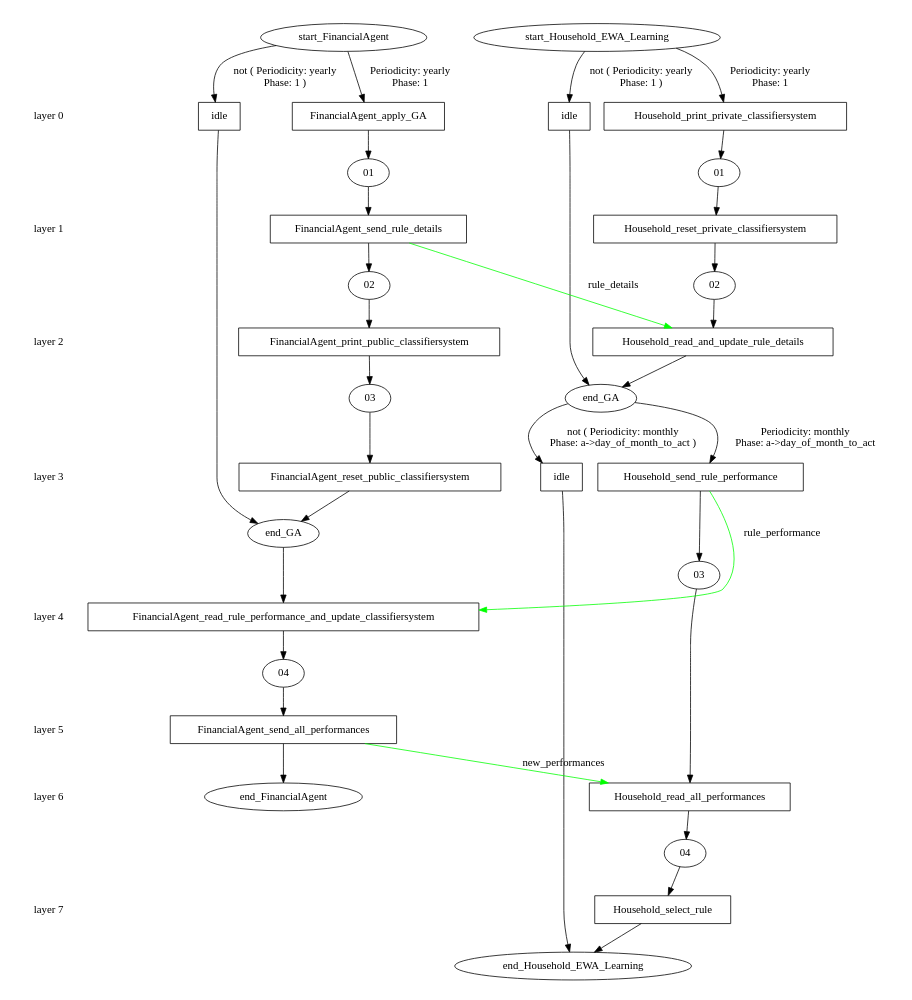
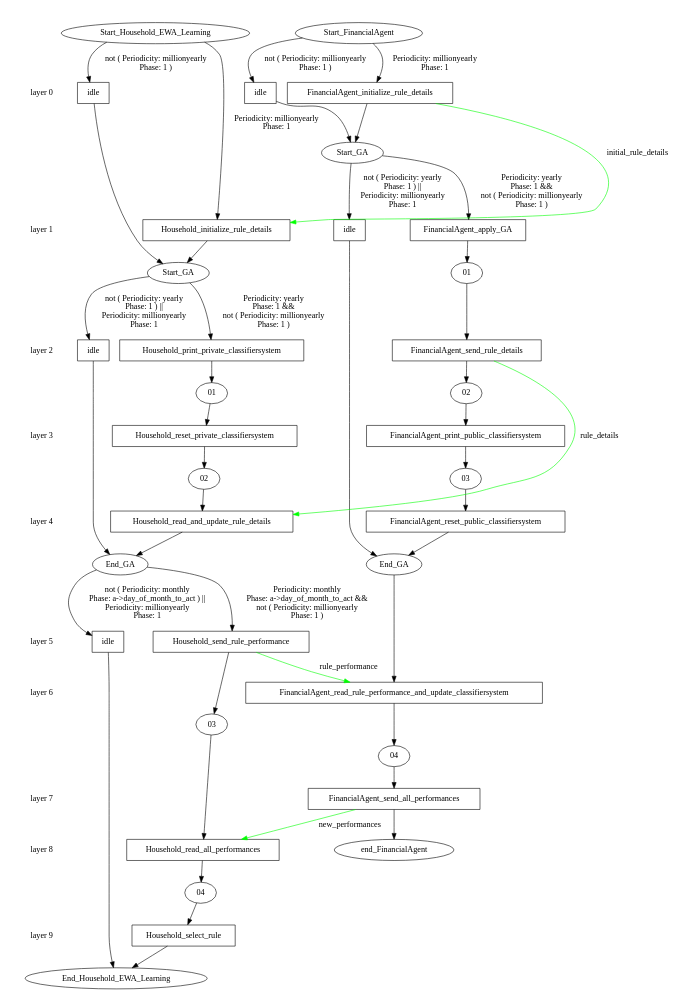
The diagram in models/AFM/afm_branches/initial/ewa_learning/stategraph.dot (ETACE/EURACE), drawn with Graphviz before and after one commit. The commit also changed 17 other files, not shown here.

```diff
--- a/models/AFM/afm_branches/initial/ewa_learning/stategraph.dot
+++ b/models/AFM/afm_branches/initial/ewa_learning/stategraph.dot
@@ -16,80 +16,101 @@
 	layer_5 -> layer_6 [style=invis];
 	layer_7 [shape=plaintext, label="layer 7"];
 	layer_6 -> layer_7 [style=invis];
+	layer_8 [shape=plaintext, label="layer 8"];
+	layer_7 -> layer_8 [style=invis];
+	layer_9 [shape=plaintext, label="layer 9"];
+	layer_8 -> layer_9 [style=invis];
 	
 	/* States */
 	Household_04 [label = "04"]
 	Household_03 [label = "03"]
-	Household_end_Household_EWA_Learning [label = "end_Household_EWA_Learning"]
+	Household_End_Household_EWA_Learning [label = "End_Household_EWA_Learning"]
 	Household_02 [label = "02"]
 	Household_01 [label = "01"]
-	Household_end_GA [label = "end_GA"]
-	Household_start_Household_EWA_Learning [label = "start_Household_EWA_Learning"]
+	Household_End_GA [label = "End_GA"]
+	Household_Start_GA [label = "Start_GA"]
+	Household_Start_Household_EWA_Learning [label = "Start_Household_EWA_Learning"]
 	FinancialAgent_end_FinancialAgent [label = "end_FinancialAgent"]
 	FinancialAgent_04 [label = "04"]
 	FinancialAgent_03 [label = "03"]
 	FinancialAgent_02 [label = "02"]
 	FinancialAgent_01 [label = "01"]
-	FinancialAgent_end_GA [label = "end_GA"]
-	FinancialAgent_start_FinancialAgent [label = "start_FinancialAgent"]
-	Household_idle_start_Household_EWA_Learning_end_GA [label = "idle", shape = rect]
-	Household_Household_print_private_classifiersystem_start_Household_EWA_Learning_01 [label = "Household_print_private_classifiersystem", shape = rect]
+	FinancialAgent_End_GA [label = "End_GA"]
+	FinancialAgent_Start_GA [label = "Start_GA"]
+	FinancialAgent_Start_FinancialAgent [label = "Start_FinancialAgent"]
+	Household_idle_Start_Household_EWA_Learning_Start_GA [label = "idle", shape = rect]
+	Household_Household_initialize_rule_details_Start_Household_EWA_Learning_Start_GA [label = "Household_initialize_rule_details", shape = rect]
+	Household_idle_Start_GA_End_GA [label = "idle", shape = rect]
+	Household_Household_print_private_classifiersystem_Start_GA_01 [label = "Household_print_private_classifiersystem", shape = rect]
 	Household_Household_reset_private_classifiersystem_01_02 [label = "Household_reset_private_classifiersystem", shape = rect]
-	Household_Household_read_and_update_rule_details_02_end_GA [label = "Household_read_and_update_rule_details", shape = rect]
-	Household_idle_end_GA_end_Household_EWA_Learning [label = "idle", shape = rect]
-	Household_Household_send_rule_performance_end_GA_03 [label = "Household_send_rule_performance", shape = rect]
+	Household_Household_read_and_update_rule_details_02_End_GA [label = "Household_read_and_update_rule_details", shape = rect]
+	Household_idle_End_GA_End_Household_EWA_Learning [label = "idle", shape = rect]
+	Household_Household_send_rule_performance_End_GA_03 [label = "Household_send_rule_performance", shape = rect]
 	Household_Household_read_all_performances_03_04 [label = "Household_read_all_performances", shape = rect]
-	Household_Household_select_rule_04_end_Household_EWA_Learning [label = "Household_select_rule", shape = rect]
-	FinancialAgent_idle_start_FinancialAgent_end_GA [label = "idle", shape = rect]
-	FinancialAgent_FinancialAgent_apply_GA_start_FinancialAgent_01 [label = "FinancialAgent_apply_GA", shape = rect]
+	Household_Household_select_rule_04_End_Household_EWA_Learning [label = "Household_select_rule", shape = rect]
+	FinancialAgent_idle_Start_FinancialAgent_Start_GA [label = "idle", shape = rect]
+	FinancialAgent_FinancialAgent_initialize_rule_details_Start_FinancialAgent_Start_GA [label = "FinancialAgent_initialize_rule_details", shape = rect]
+	FinancialAgent_idle_Start_GA_End_GA [label = "idle", shape = rect]
+	FinancialAgent_FinancialAgent_apply_GA_Start_GA_01 [label = "FinancialAgent_apply_GA", shape = rect]
 	FinancialAgent_FinancialAgent_send_rule_details_01_02 [label = "FinancialAgent_send_rule_details", shape = rect]
 	FinancialAgent_FinancialAgent_print_public_classifiersystem_02_03 [label = "FinancialAgent_print_public_classifiersystem", shape = rect]
-	FinancialAgent_FinancialAgent_reset_public_classifiersystem_03_end_GA [label = "FinancialAgent_reset_public_classifiersystem", shape = rect]
-	FinancialAgent_FinancialAgent_read_rule_performance_and_update_classifiersystem_end_GA_04 [label = "FinancialAgent_read_rule_performance_and_update_classifiersystem", shape = rect]
+	FinancialAgent_FinancialAgent_reset_public_classifiersystem_03_End_GA [label = "FinancialAgent_reset_public_classifiersystem", shape = rect]
+	FinancialAgent_FinancialAgent_read_rule_performance_and_update_classifiersystem_End_GA_04 [label = "FinancialAgent_read_rule_performance_and_update_classifiersystem", shape = rect]
 	FinancialAgent_FinancialAgent_send_all_performances_04_end_FinancialAgent [label = "FinancialAgent_send_all_performances", shape = rect]
 	
 	/* Transitions */
-	Household_start_Household_EWA_Learning -> Household_idle_start_Household_EWA_Learning_end_GA [ label = "not ( Periodicity: yearly\nPhase: 1 )"];
-	Household_idle_start_Household_EWA_Learning_end_GA -> Household_end_GA;
-	Household_start_Household_EWA_Learning -> Household_Household_print_private_classifiersystem_start_Household_EWA_Learning_01 [ label = "Periodicity: yearly\nPhase: 1"];
-	Household_Household_print_private_classifiersystem_start_Household_EWA_Learning_01 -> Household_01;
+	Household_Start_Household_EWA_Learning -> Household_idle_Start_Household_EWA_Learning_Start_GA [ label = "not ( Periodicity: millionyearly\nPhase: 1 )"];
+	Household_idle_Start_Household_EWA_Learning_Start_GA -> Household_Start_GA;
+	Household_Start_Household_EWA_Learning -> Household_Household_initialize_rule_details_Start_Household_EWA_Learning_Start_GA [ label = "Periodicity: millionyearly\nPhase: 1"];
+	Household_Household_initialize_rule_details_Start_Household_EWA_Learning_Start_GA -> Household_Start_GA;
+	Household_Start_GA -> Household_idle_Start_GA_End_GA [ label = "not ( Periodicity: yearly\nPhase: 1 ) ||\nPeriodicity: millionyearly\nPhase: 1"];
+	Household_idle_Start_GA_End_GA -> Household_End_GA;
+	Household_Start_GA -> Household_Household_print_private_classifiersystem_Start_GA_01 [ label = "Periodicity: yearly\nPhase: 1 &&\nnot ( Periodicity: millionyearly\nPhase: 1 )"];
+	Household_Household_print_private_classifiersystem_Start_GA_01 -> Household_01;
 	Household_01 -> Household_Household_reset_private_classifiersystem_01_02;
 	Household_Household_reset_private_classifiersystem_01_02 -> Household_02;
-	Household_02 -> Household_Household_read_and_update_rule_details_02_end_GA;
-	Household_Household_read_and_update_rule_details_02_end_GA -> Household_end_GA;
-	Household_end_GA -> Household_idle_end_GA_end_Household_EWA_Learning [ label = "not ( Periodicity: monthly\nPhase: a->day_of_month_to_act )"];
-	Household_idle_end_GA_end_Household_EWA_Learning -> Household_end_Household_EWA_Learning;
-	Household_end_GA -> Household_Household_send_rule_performance_end_GA_03 [ label = "Periodicity: monthly\nPhase: a->day_of_month_to_act"];
-	Household_Household_send_rule_performance_end_GA_03 -> Household_03;
+	Household_02 -> Household_Household_read_and_update_rule_details_02_End_GA;
+	Household_Household_read_and_update_rule_details_02_End_GA -> Household_End_GA;
+	Household_End_GA -> Household_idle_End_GA_End_Household_EWA_Learning [ label = "not ( Periodicity: monthly\nPhase: a->day_of_month_to_act ) ||\nPeriodicity: millionyearly\nPhase: 1"];
+	Household_idle_End_GA_End_Household_EWA_Learning -> Household_End_Household_EWA_Learning;
+	Household_End_GA -> Household_Household_send_rule_performance_End_GA_03 [ label = "Periodicity: monthly\nPhase: a->day_of_month_to_act &&\nnot ( Periodicity: millionyearly\nPhase: 1 )"];
+	Household_Household_send_rule_performance_End_GA_03 -> Household_03;
 	Household_03 -> Household_Household_read_all_performances_03_04;
 	Household_Household_read_all_performances_03_04 -> Household_04;
-	Household_04 -> Household_Household_select_rule_04_end_Household_EWA_Learning;
-	Household_Household_select_rule_04_end_Household_EWA_Learning -> Household_end_Household_EWA_Learning;
-	FinancialAgent_start_FinancialAgent -> FinancialAgent_idle_start_FinancialAgent_end_GA [ label = "not ( Periodicity: yearly\nPhase: 1 )"];
-	FinancialAgent_idle_start_FinancialAgent_end_GA -> FinancialAgent_end_GA;
-	FinancialAgent_start_FinancialAgent -> FinancialAgent_FinancialAgent_apply_GA_start_FinancialAgent_01 [ label = "Periodicity: yearly\nPhase: 1"];
-	FinancialAgent_FinancialAgent_apply_GA_start_FinancialAgent_01 -> FinancialAgent_01;
+	Household_04 -> Household_Household_select_rule_04_End_Household_EWA_Learning;
+	Household_Household_select_rule_04_End_Household_EWA_Learning -> Household_End_Household_EWA_Learning;
+	FinancialAgent_Start_FinancialAgent -> FinancialAgent_idle_Start_FinancialAgent_Start_GA [ label = "not ( Periodicity: millionyearly\nPhase: 1 )"];
+	FinancialAgent_idle_Start_FinancialAgent_Start_GA -> FinancialAgent_Start_GA;
+	FinancialAgent_Start_FinancialAgent -> FinancialAgent_FinancialAgent_initialize_rule_details_Start_FinancialAgent_Start_GA [ label = "Periodicity: millionyearly\nPhase: 1"];
+	FinancialAgent_FinancialAgent_initialize_rule_details_Start_FinancialAgent_Start_GA -> FinancialAgent_Start_GA;
+	FinancialAgent_Start_GA -> FinancialAgent_idle_Start_GA_End_GA [ label = "not ( Periodicity: yearly\nPhase: 1 ) ||\nPeriodicity: millionyearly\nPhase: 1"];
+	FinancialAgent_idle_Start_GA_End_GA -> FinancialAgent_End_GA;
+	FinancialAgent_Start_GA -> FinancialAgent_FinancialAgent_apply_GA_Start_GA_01 [ label = "Periodicity: yearly\nPhase: 1 &&\nnot ( Periodicity: millionyearly\nPhase: 1 )"];
+	FinancialAgent_FinancialAgent_apply_GA_Start_GA_01 -> FinancialAgent_01;
 	FinancialAgent_01 -> FinancialAgent_FinancialAgent_send_rule_details_01_02;
 	FinancialAgent_FinancialAgent_send_rule_details_01_02 -> FinancialAgent_02;
 	FinancialAgent_02 -> FinancialAgent_FinancialAgent_print_public_classifiersystem_02_03;
 	FinancialAgent_FinancialAgent_print_public_classifiersystem_02_03 -> FinancialAgent_03;
-	FinancialAgent_03 -> FinancialAgent_FinancialAgent_reset_public_classifiersystem_03_end_GA;
-	FinancialAgent_FinancialAgent_reset_public_classifiersystem_03_end_GA -> FinancialAgent_end_GA;
-	FinancialAgent_end_GA -> FinancialAgent_FinancialAgent_read_rule_performance_and_update_classifiersystem_end_GA_04;
-	FinancialAgent_FinancialAgent_read_rule_performance_and_update_classifiersystem_end_GA_04 -> FinancialAgent_04;
+	FinancialAgent_03 -> FinancialAgent_FinancialAgent_reset_public_classifiersystem_03_End_GA;
+	FinancialAgent_FinancialAgent_reset_public_classifiersystem_03_End_GA -> FinancialAgent_End_GA;
+	FinancialAgent_End_GA -> FinancialAgent_FinancialAgent_read_rule_performance_and_update_classifiersystem_End_GA_04;
+	FinancialAgent_FinancialAgent_read_rule_performance_and_update_classifiersystem_End_GA_04 -> FinancialAgent_04;
 	FinancialAgent_04 -> FinancialAgent_FinancialAgent_send_all_performances_04_end_FinancialAgent;
 	FinancialAgent_FinancialAgent_send_all_performances_04_end_FinancialAgent -> FinancialAgent_end_FinancialAgent;
 	
 	/* Communications */
-	Household_Household_send_rule_performance_end_GA_03 -> FinancialAgent_FinancialAgent_read_rule_performance_and_update_classifiersystem_end_GA_04 [ label = "rule_performance" color="#00ff00" constraint=false];
+	Household_Household_send_rule_performance_End_GA_03 -> FinancialAgent_FinancialAgent_read_rule_performance_and_update_classifiersystem_End_GA_04 [ label = "rule_performance" color="#00ff00" constraint=false];
 	FinancialAgent_FinancialAgent_send_all_performances_04_end_FinancialAgent -> Household_Household_read_all_performances_03_04 [ label = "new_performances" color="#00ff00" constraint=false];
-	FinancialAgent_FinancialAgent_send_rule_details_01_02 -> Household_Household_read_and_update_rule_details_02_end_GA [ label = "rule_details" color="#00ff00" constraint=false];
-	{ rank=same; layer_0;  Household_idle_start_Household_EWA_Learning_end_GA;  Household_Household_print_private_classifiersystem_start_Household_EWA_Learning_01;  FinancialAgent_idle_start_FinancialAgent_end_GA;  FinancialAgent_FinancialAgent_apply_GA_start_FinancialAgent_01; }
-	{ rank=same; layer_1;  Household_Household_reset_private_classifiersystem_01_02;  FinancialAgent_FinancialAgent_send_rule_details_01_02; }
-	{ rank=same; layer_2;  Household_Household_read_and_update_rule_details_02_end_GA;  FinancialAgent_FinancialAgent_print_public_classifiersystem_02_03; }
-	{ rank=same; layer_3;  Household_idle_end_GA_end_Household_EWA_Learning;  Household_Household_send_rule_performance_end_GA_03;  FinancialAgent_FinancialAgent_reset_public_classifiersystem_03_end_GA; }
-	{ rank=same; layer_4;  FinancialAgent_FinancialAgent_read_rule_performance_and_update_classifiersystem_end_GA_04; }
-	{ rank=same; layer_5;  FinancialAgent_FinancialAgent_send_all_performances_04_end_FinancialAgent; }
-	{ rank=same; layer_6;  Household_Household_read_all_performances_03_04; }
-	{ rank=same; layer_7;  Household_Household_select_rule_04_end_Household_EWA_Learning; }
+	FinancialAgent_FinancialAgent_send_rule_details_01_02 -> Household_Household_read_and_update_rule_details_02_End_GA [ label = "rule_details" color="#00ff00" constraint=false];
+	FinancialAgent_FinancialAgent_initialize_rule_details_Start_FinancialAgent_Start_GA -> Household_Household_initialize_rule_details_Start_Household_EWA_Learning_Start_GA [ label = "initial_rule_details" color="#00ff00" constraint=false];
+	{ rank=same; layer_0;  Household_idle_Start_Household_EWA_Learning_Start_GA;  FinancialAgent_idle_Start_FinancialAgent_Start_GA;  FinancialAgent_FinancialAgent_initialize_rule_details_Start_FinancialAgent_Start_GA; }
+	{ rank=same; layer_1;  Household_Household_initialize_rule_details_Start_Household_EWA_Learning_Start_GA;  FinancialAgent_idle_Start_GA_End_GA;  FinancialAgent_FinancialAgent_apply_GA_Start_GA_01; }
+	{ rank=same; layer_2;  Household_idle_Start_GA_End_GA;  Household_Household_print_private_classifiersystem_Start_GA_01;  FinancialAgent_FinancialAgent_send_rule_details_01_02; }
+	{ rank=same; layer_3;  Household_Household_reset_private_classifiersystem_01_02;  FinancialAgent_FinancialAgent_print_public_classifiersystem_02_03; }
+	{ rank=same; layer_4;  Household_Household_read_and_update_rule_details_02_End_GA;  FinancialAgent_FinancialAgent_reset_public_classifiersystem_03_End_GA; }
+	{ rank=same; layer_5;  Household_idle_End_GA_End_Household_EWA_Learning;  Household_Household_send_rule_performance_End_GA_03; }
+	{ rank=same; layer_6;  FinancialAgent_FinancialAgent_read_rule_performance_and_update_classifiersystem_End_GA_04; }
+	{ rank=same; layer_7;  FinancialAgent_FinancialAgent_send_all_performances_04_end_FinancialAgent; }
+	{ rank=same; layer_8;  Household_Household_read_all_performances_03_04; }
+	{ rank=same; layer_9;  Household_Household_select_rule_04_End_Household_EWA_Learning; }
 }
```
